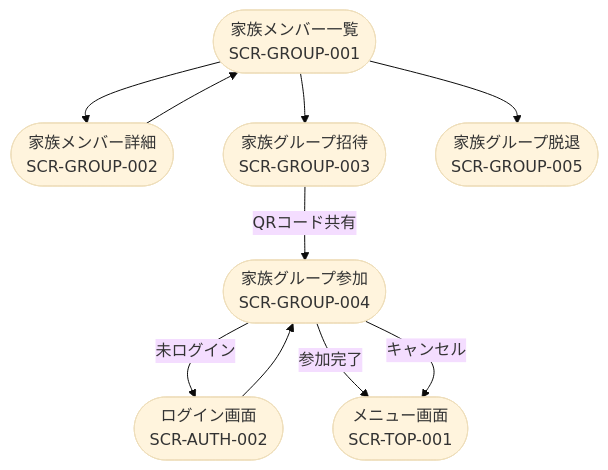
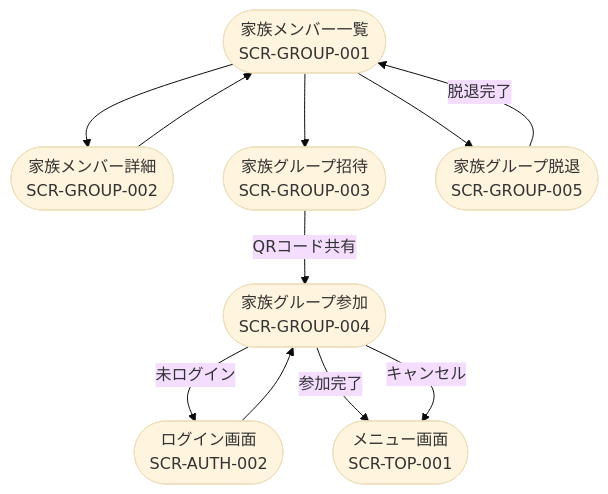
Before and after one commit to Masahiro335/fambiz-prototype: the sixth of 9 diagrams in docs/design/diagrams/screen-transition.md, drawn with Mermaid (base theme). The commit also changed other lines of this file and 2 other files, not shown here.

Commit message:
docs(design): SCR-GROUP-005 脱退成功後の画面遷移仕様を追記

````diff
--- a/docs/design/diagrams/screen-transition.md
+++ b/docs/design/diagrams/screen-transition.md
@@ -101,15 +101,16 @@
 ```mermaid
 flowchart TD
     FL([家族メンバー一覧\nSCR-GROUP-001])
     FL --> FD([家族メンバー詳細\nSCR-GROUP-002])
     FL --> FI([家族グループ招待\nSCR-GROUP-003])
     FL --> FW([家族グループ脱退\nSCR-GROUP-005])
 
     FD --> FL
+    FW -->|脱退完了| FL
 
     FI -->|QRコード共有| FJ([家族グループ参加\nSCR-GROUP-004])
     FJ -->|未ログイン| LG([ログイン画面\nSCR-AUTH-002])
     LG --> FJ
     FJ -->|参加完了| TOP([メニュー画面\nSCR-TOP-001])
     FJ -->|キャンセル| TOP
 ```
````
